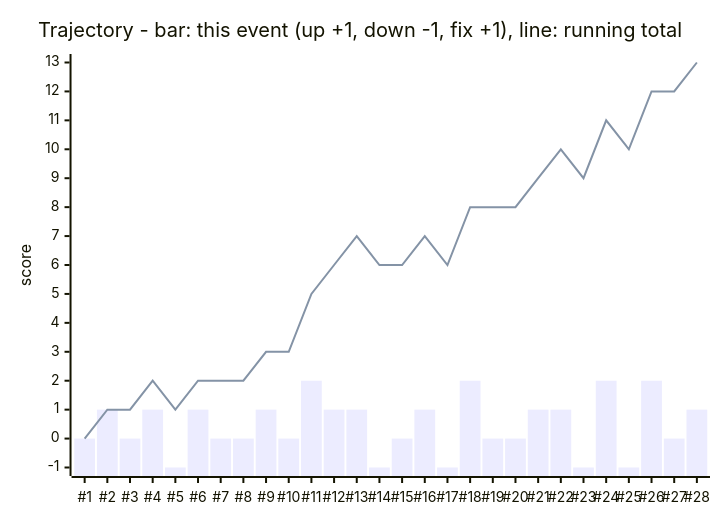
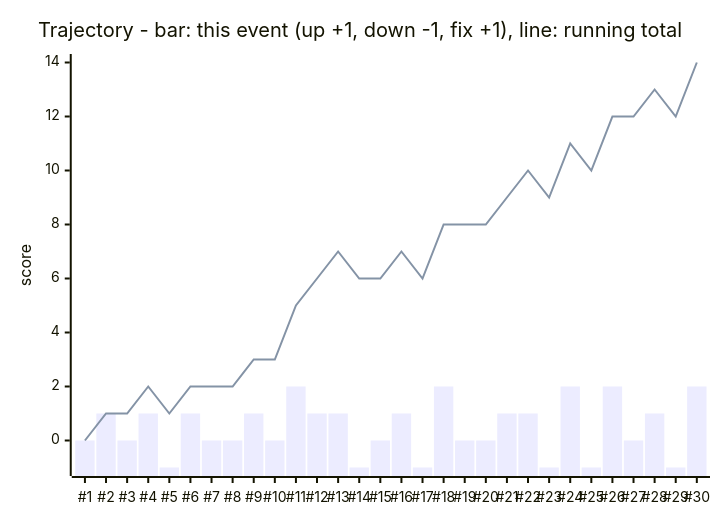
One commit to mahdighandi1989/Lifemanager changed the fourth of 5 diagrams in apps/learning-architecture/docs/HANDBOOK.md. Above: the diagram before and after it, drawn with Mermaid. The commit also changed other lines of this file and 31 other files, not shown here.

First line of the commit message:
fix(learning-architecture): audit fixes for storage, navigation, mirror, course and content

````diff
--- a/apps/learning-architecture/docs/HANDBOOK.md
+++ b/apps/learning-architecture/docs/HANDBOOK.md
@@ -332,8 +341,8 @@
 ```mermaid
 xychart-beta
     title "Trajectory - bar: this event (up +1, down -1, fix +1), line: running total"
-    x-axis ["#1", "#2", "#3", "#4", "#5", "#6", "#7", "#8", "#9", "#10", "#11", "#12", "#13", "#14", "#15", "#16", "#17", "#18", "#19", "#20", "#21", "#22", "#23", "#24", "#25", "#26", "#27", "#28"]
-    y-axis "score" -1 --> 13
-    bar [0, 1, 0, 1, -1, 1, 0, 0, 1, 0, 2, 1, 1, -1, 0, 1, -1, 2, 0, 0, 1, 1, -1, 2, -1, 2, 0, 1]
-    line [0, 1, 1, 2, 1, 2, 2, 2, 3, 3, 5, 6, 7, 6, 6, 7, 6, 8, 8, 8, 9, 10, 9, 11, 10, 12, 12, 13]
+    x-axis ["#1", "#2", "#3", "#4", "#5", "#6", "#7", "#8", "#9", "#10", "#11", "#12", "#13", "#14", "#15", "#16", "#17", "#18", "#19", "#20", "#21", "#22", "#23", "#24", "#25", "#26", "#27", "#28", "#29", "#30"]
+    y-axis "score" -1 --> 14
+    bar [0, 1, 0, 1, -1, 1, 0, 0, 1, 0, 2, 1, 1, -1, 0, 1, -1, 2, 0, 0, 1, 1, -1, 2, -1, 2, 0, 1, -1, 2]
+    line [0, 1, 1, 2, 1, 2, 2, 2, 3, 3, 5, 6, 7, 6, 6, 7, 6, 8, 8, 8, 9, 10, 9, 11, 10, 12, 12, 13, 12, 14]
 ```
````
